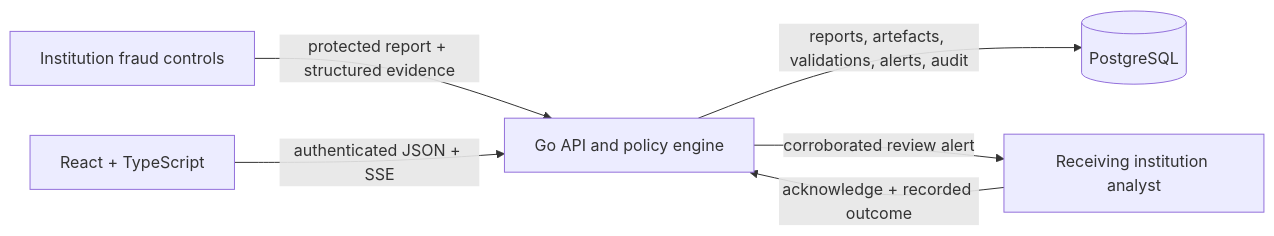
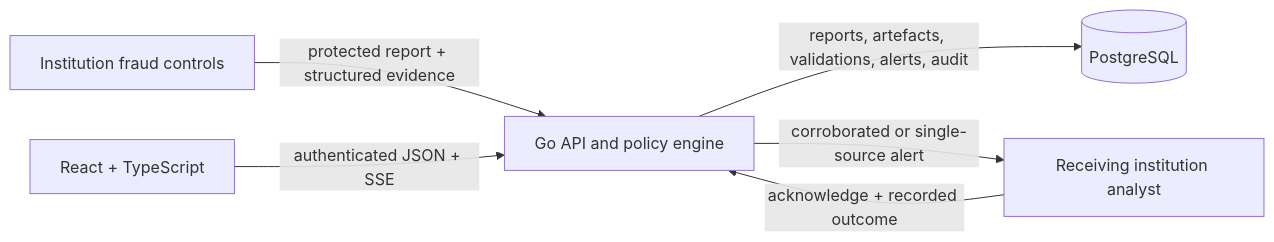
Before and after one commit to tmjoris/kifaru: the second of 2 diagrams in README.md, drawn with Mermaid. The commit also changed other lines of this file and 6 other files, not shown here.

First line of the commit message:
Document single-source alert tiers

````diff
--- a/README.md
+++ b/README.md
@@ -339,14 +343,14 @@
 ```mermaid
 flowchart LR
     Institution["Institution fraud controls"]
     UI["React + TypeScript"]
     API["Go API and policy engine"]
     DB[("PostgreSQL")]
     Receiver["Receiving institution analyst"]
 
     Institution -->|"protected report + structured evidence"| API
     UI -->|"authenticated JSON + SSE"| API
     API -->|"reports, artefacts, validations, alerts, audit"| DB
-    API -->|"corroborated review alert"| Receiver
+    API -->|"corroborated or single-source alert"| Receiver
     Receiver -->|"acknowledge + recorded outcome"| API
 ```
````
